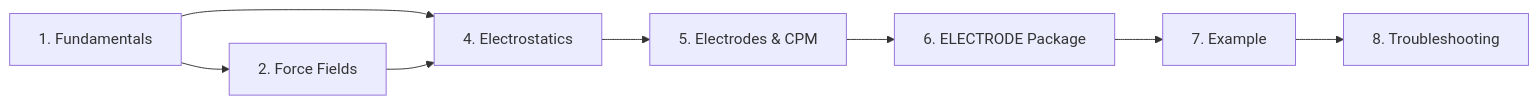
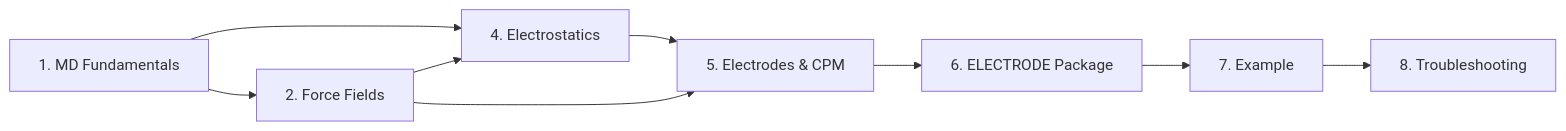
Before and after one commit to srtee/mddocs: the diagram in index.qmd, drawn with Mermaid. The commit also changed other lines of this file and 7 other files, not shown here.

````diff
--- a/index.qmd
+++ b/index.qmd
@@ -24,10 +33,11 @@
 ```{mermaid}
 flowchart LR
-    A[1. Fundamentals] --> B[2. Force Fields]
+    A[1. MD Fundamentals] --> B[2. Force Fields]
     A --> C[4. Electrostatics]
     B --> C
     C --> D[5. Electrodes & CPM]
     D --> E[6. ELECTRODE Package]
     E --> F[7. Example]
     F --> G[8. Troubleshooting]
+    B --> D
 ```
````
